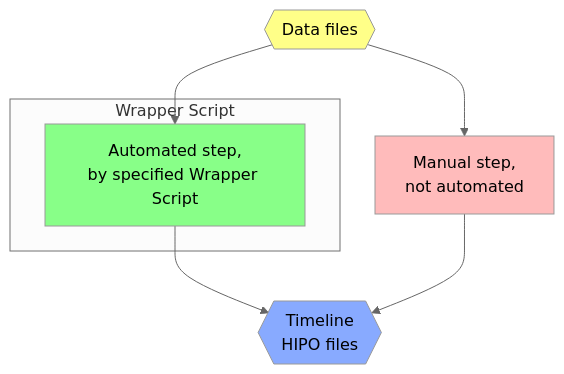
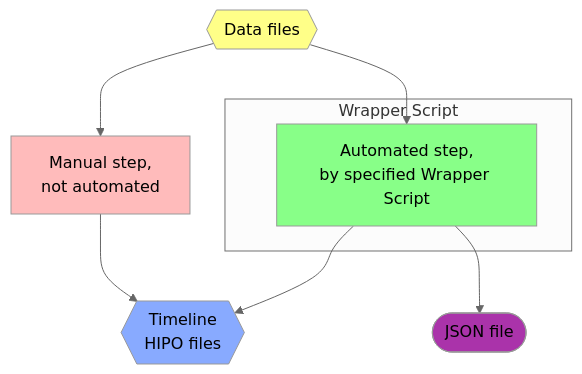
The first of 2 diagrams in qa-physics/docs/docDiagram.md (JeffersonLab/clas12-timeline), drawn with Mermaid (neutral theme) before and after one commit. The commit also changed other lines of this file, not shown here.

Commit message:
doc: `mermaid` class for `json`

````diff
--- a/qa-physics/docs/docDiagram.md
+++ b/qa-physics/docs/docDiagram.md
@@ -4,18 +4,21 @@
 ```mermaid
 flowchart TB
     data{{Data files}}:::data
     timeline{{Timeline<br/>HIPO files}}:::timeline
     subgraph "Wrapper Script"
       auto[Automated step,<br/>by specified Wrapper Script]:::auto
     end
     manual[Manual step,<br/>not automated]:::manual
+    json([JSON file]):::json
     data --> auto
     data --> manual
     auto --> timeline
     manual --> timeline
+    auto --> json
 
     classDef data fill:#ff8,color:black
     classDef auto fill:#8f8,color:black
     classDef manual fill:#fbb,color:black
     classDef timeline fill:#8af,color:black
+    classDef json fill:#a3a,color:black
 ```
````
